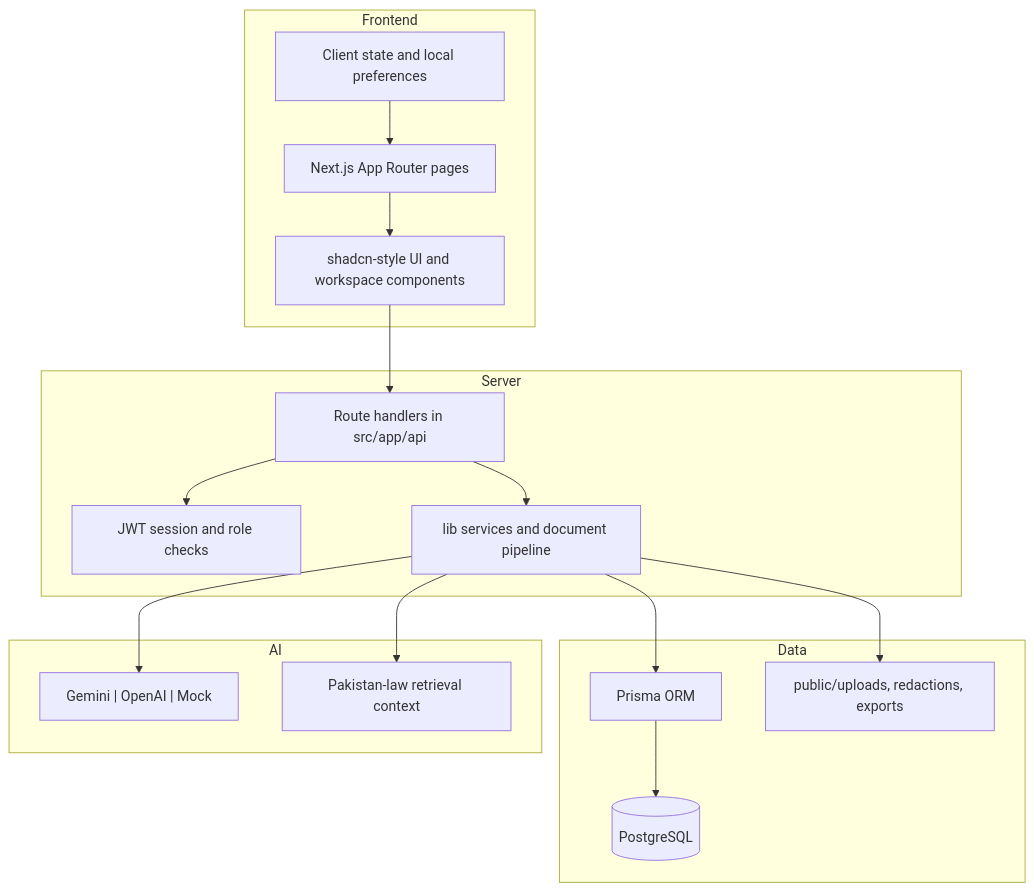
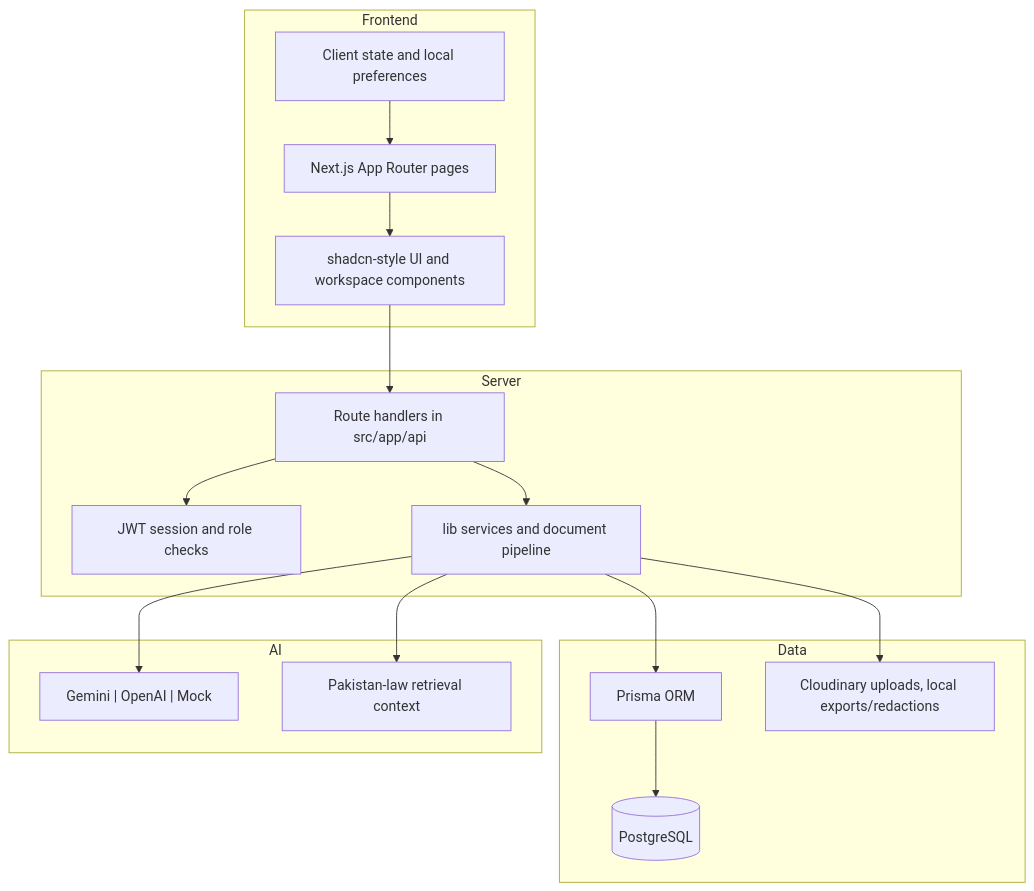
One commit to Omnicode786/MIZAN-APP changed the sixth of 7 diagrams in README.md. Above: the diagram before and after it, drawn with Mermaid. The commit also changed other lines of this file and 4 other files, not shown here.

````diff
--- a/README.md
+++ b/README.md
@@ -616,36 +640,36 @@
 ```mermaid
 flowchart TB
     subgraph Frontend
         Pages[Next.js App Router pages]
         UI[shadcn-style UI and workspace components]
         State[Client state and local preferences]
     end
 
     subgraph Server
         Routes[Route handlers in src/app/api]
         Auth[JWT session and role checks]
         Services[lib services and document pipeline]
     end
 
     subgraph Data
         Prisma[Prisma ORM]
         Postgres[(PostgreSQL)]
-        Files[public/uploads, redactions, exports]
+        Files[Cloudinary uploads, local exports/redactions]
     end
 
     subgraph AI
         Providers["Gemini | OpenAI | Mock"]
         Retrieval[Pakistan-law retrieval context]
     end
 
     Pages --> UI
     UI --> Routes
     State --> Pages
     Routes --> Auth
     Routes --> Services
     Services --> Prisma
     Prisma --> Postgres
     Services --> Files
     Services --> Providers
     Services --> Retrieval
 ```
````
